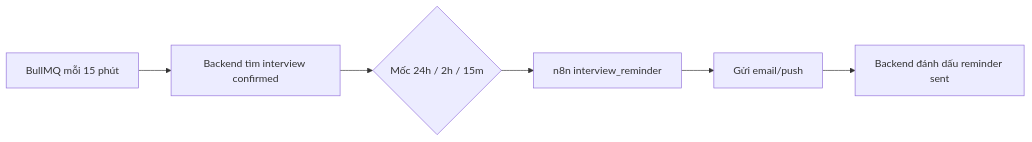
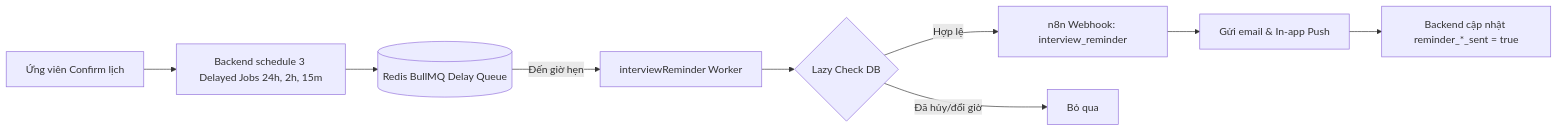
Diagram 11 of 13 in docs/n8nAndAI.md (HoangVanHaii/jobmatch-vn), drawn with Mermaid before and after one commit. The commit also changed other lines of this file and 9 other files, not shown here.

````diff
--- a/docs/n8nAndAI.md
+++ b/docs/n8nAndAI.md
@@ -364,8 +361,11 @@
 ```mermaid
 flowchart LR
-  Q[BullMQ mỗi 15 phút] --> B[Backend tìm interview confirmed]
-  B --> T{Mốc 24h / 2h / 15m}
-  T --> N[n8n interview_reminder]
-  N --> E[Gửi email/push]
-  E --> U[Backend đánh dấu reminder sent]
+  C[Ứng viên Confirm lịch] --> S[Backend schedule 3 Delayed Jobs 24h, 2h, 15m]
+  S --> R[(Redis BullMQ Delay Queue)]
+  R -->|Đến giờ hẹn| W[interviewReminder Worker]
+  W --> L{Lazy Check DB}
+  L -->|Hợp lệ| N[n8n Webhook: interview_reminder]
+  L -->|Đã hủy/đổi giờ| SKIP[Bỏ qua]
+  N --> E[Gửi email & In-app Push]
+  E --> U[Backend cập nhật reminder_*_sent = true]
 ```
````
